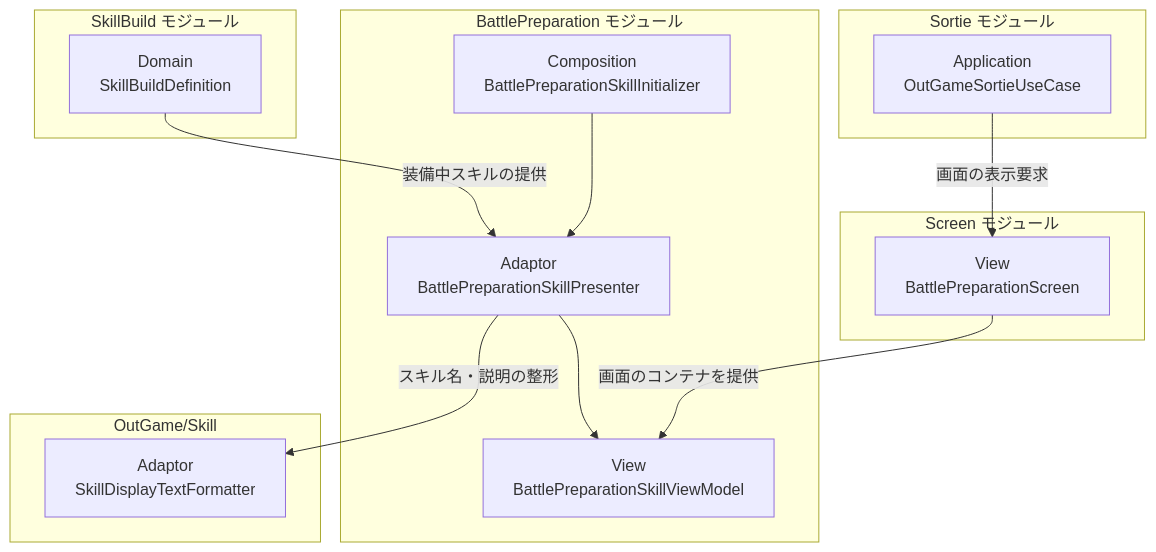
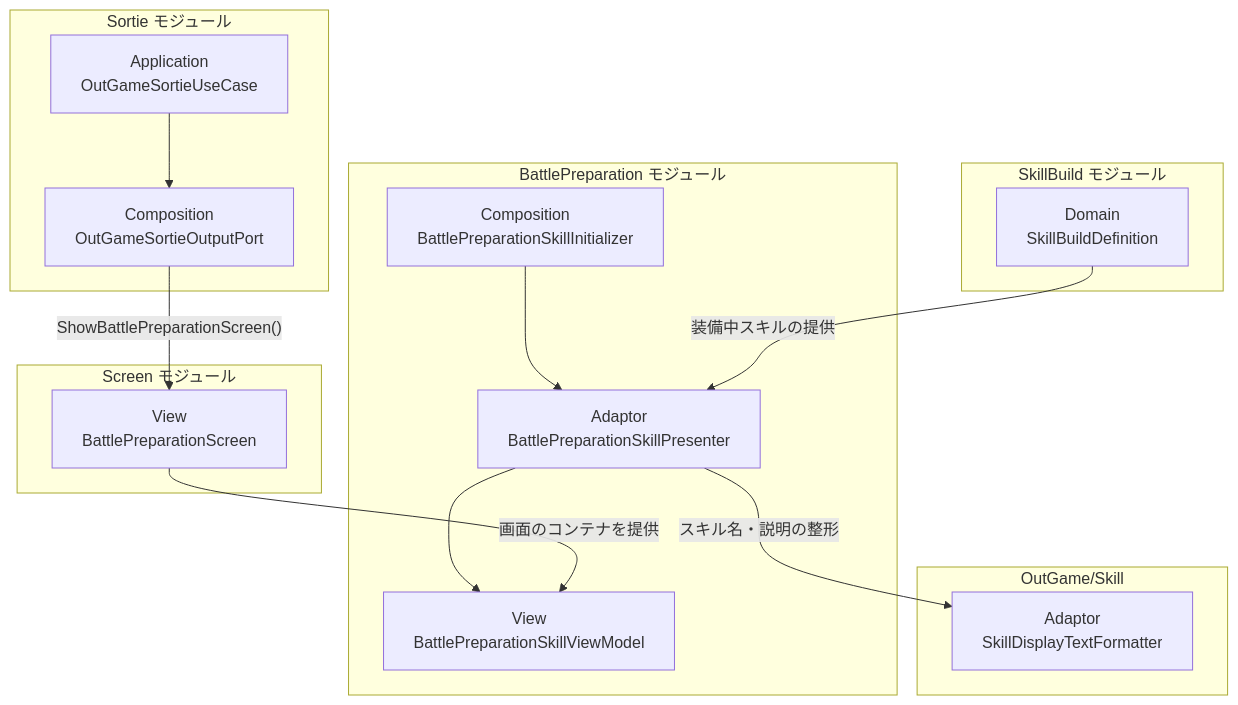
The first of 2 diagrams in Assets/Docs/ScriptsDocs/Modules/NotionModuleDocs/BattlePreparation.md (HIBIKI5201/SymphonyKillChord), drawn with Mermaid before and after one commit. The commit also changed other lines of this file and 8 other files, not shown here.

````diff
--- a/Assets/Docs/ScriptsDocs/Modules/NotionModuleDocs/BattlePreparation.md
+++ b/Assets/Docs/ScriptsDocs/Modules/NotionModuleDocs/BattlePreparation.md
@@ -38,33 +38,35 @@
 ```mermaid
 graph TD
     %% 定義 (接続のないレイヤーは省略)
     subgraph BattlePreparationModule [BattlePreparation モジュール]
         BP_Adaptor["Adaptor<br>BattlePreparationSkillPresenter"]
         BP_View["View<br>BattlePreparationSkillViewModel"]
         BP_Composition["Composition<br>BattlePreparationSkillInitializer"]
         BP_Adaptor --> BP_View
         BP_Composition --> BP_Adaptor
     end
 
     subgraph SkillBuildModule [SkillBuild モジュール]
         SB_Domain["Domain<br>SkillBuildDefinition"]
     end
 
     subgraph SkillModule [OutGame/Skill]
         SK_Adaptor["Adaptor<br>SkillDisplayTextFormatter"]
     end
 
     subgraph ScreenModule [Screen モジュール]
         SC_View["View<br>BattlePreparationScreen"]
     end
 
     subgraph SortieModule [Sortie モジュール]
         SO_App["Application<br>OutGameSortieUseCase"]
+        SO_Port["Composition<br>OutGameSortieOutputPort"]
+        SO_App --> SO_Port
     end
 
     %% 依存関係
     SB_Domain -->|"装備中スキルの提供"| BP_Adaptor
     BP_Adaptor -->|"スキル名・説明の整形"| SK_Adaptor
     SC_View -->|"画面のコンテナを提供"| BP_View
-    SO_App -->|"画面の表示要求"| SC_View
+    SO_Port -->|"ShowBattlePreparationScreen()"| SC_View
 ```
````
